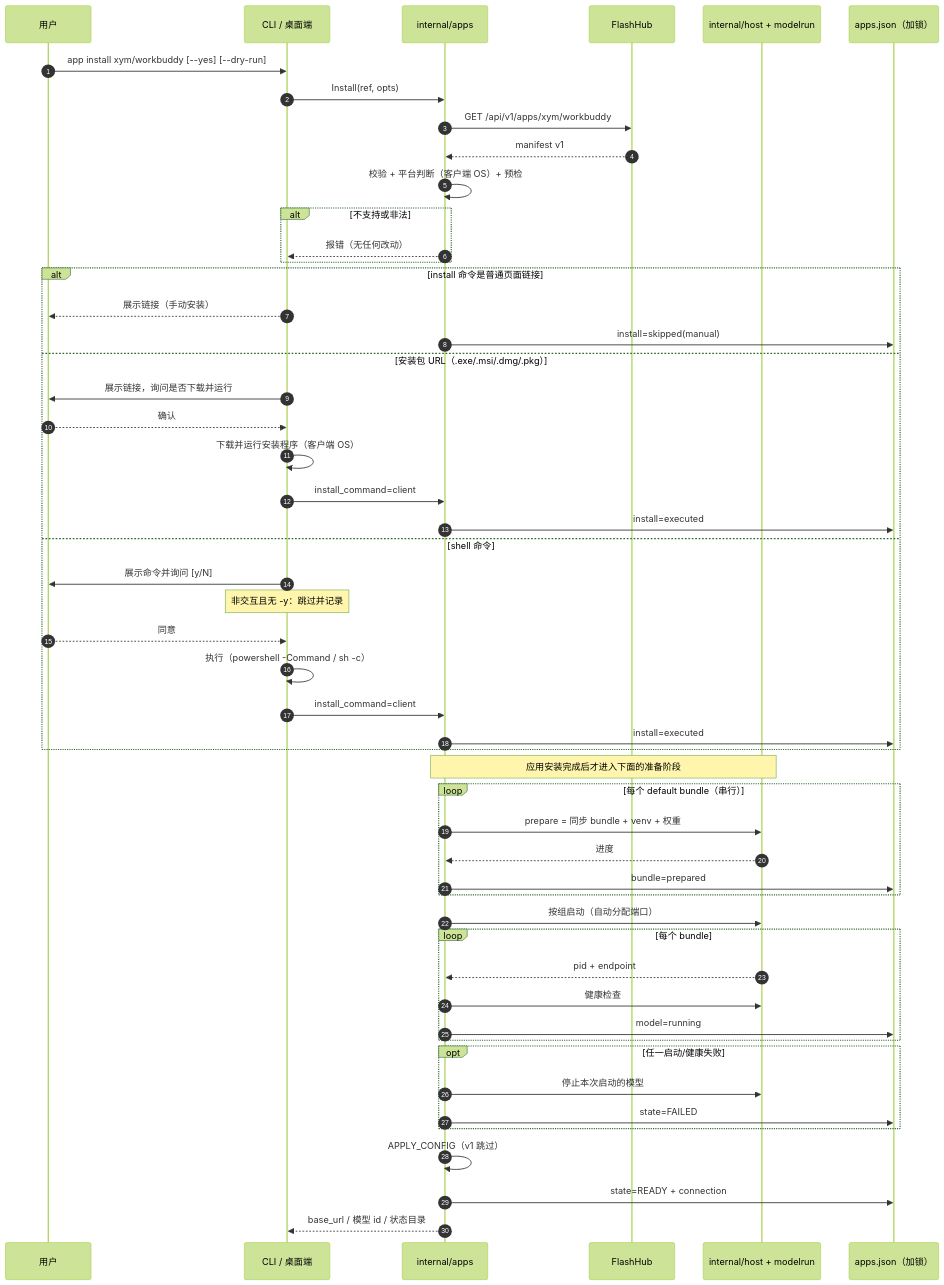
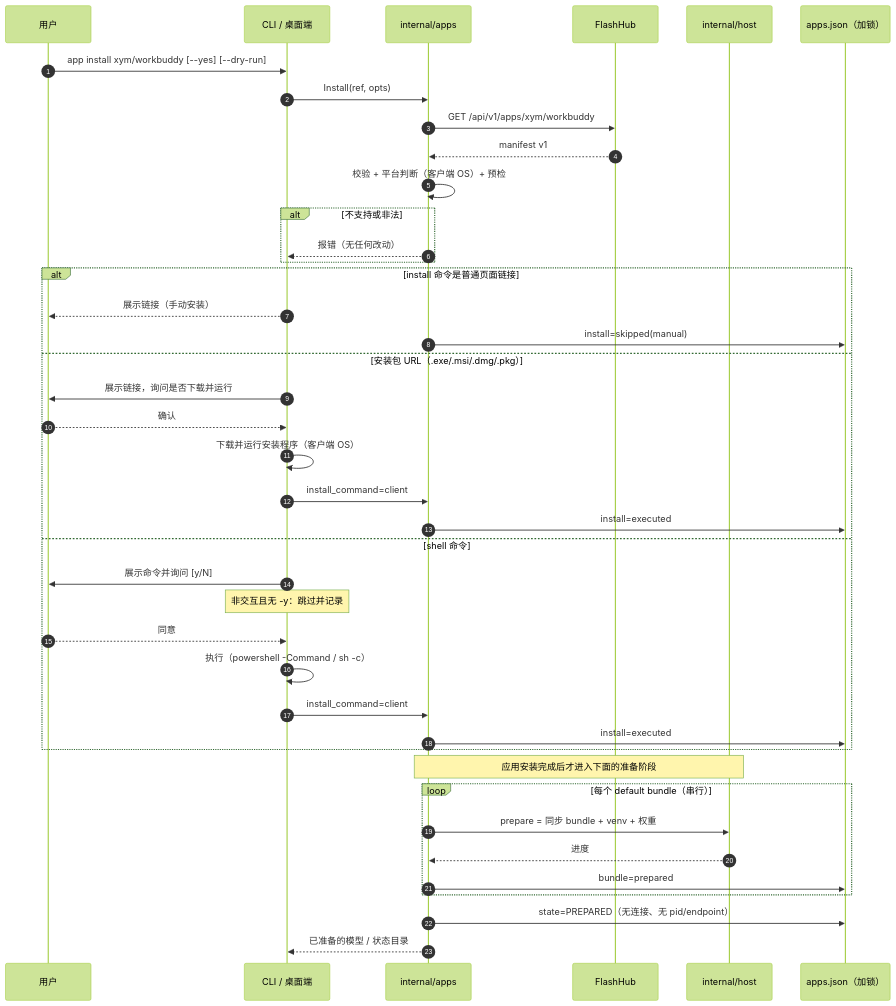
Before and after one commit to aodianyun/flashcli: the first of 2 diagrams in docs/application_install_plan.zh-CN.md, drawn with Mermaid (forest theme). The commit also changed other lines of this file and 3 other files, not shown here.

````diff
--- a/docs/application_install_plan.zh-CN.md
+++ b/docs/application_install_plan.zh-CN.md
@@ -70,55 +67,44 @@
 ```mermaid
 sequenceDiagram
   autonumber
   participant U as 用户
   participant CLI as CLI / 桌面端
   participant A as internal/apps
   participant FH as FlashHub
-  participant H as internal/host + modelrun
+  participant H as internal/host
   participant REG as apps.json（加锁）
 
   U->>CLI: app install xym/workbuddy [--yes] [--dry-run]
   CLI->>A: Install(ref, opts)
   A->>FH: GET /api/v1/apps/xym/workbuddy
   FH-->>A: manifest v1
   A->>A: 校验 + 平台判断（客户端 OS）+ 预检
   alt 不支持或非法
     A-->>CLI: 报错（无任何改动）
   end
   alt install 命令是普通页面链接
     CLI-->>U: 展示链接（手动安装）
     A->>REG: install=skipped(manual)
   else 安装包 URL（.exe/.msi/.dmg/.pkg）
     CLI->>U: 展示链接，询问是否下载并运行
     U-->>CLI: 确认
     CLI->>CLI: 下载并运行安装程序（客户端 OS）
     CLI->>A: install_command=client
     A->>REG: install=executed
   else shell 命令
     CLI->>U: 展示命令并询问 [y/N]
     Note over CLI: 非交互且无 -y：跳过并记录
     U-->>CLI: 同意
     CLI->>CLI: 执行（powershell -Command / sh -c）
     CLI->>A: install_command=client
     A->>REG: install=executed
   end
   Note over A,H: 应用安装完成后才进入下面的准备阶段
   loop 每个 default bundle（串行）
     A->>H: prepare = 同步 bundle + venv + 权重
     H-->>A: 进度
     A->>REG: bundle=prepared
   end
-  A->>H: 按组启动（自动分配端口）
-  loop 每个 bundle
-    H-->>A: pid + endpoint
-    A->>H: 健康检查
-    A->>REG: model=running
-  end
-  opt 任一启动/健康失败
-    A->>H: 停止本次启动的模型
-    A->>REG: state=FAILED
-  end
-  A->>A: APPLY_CONFIG（v1 跳过）
-  A->>REG: state=READY + connection
-  A-->>CLI: base_url / 模型 id / 状态目录
+  A->>REG: state=PREPARED（无连接、无 pid/endpoint）
+  A-->>CLI: 已准备的模型 / 状态目录
 ```
````
